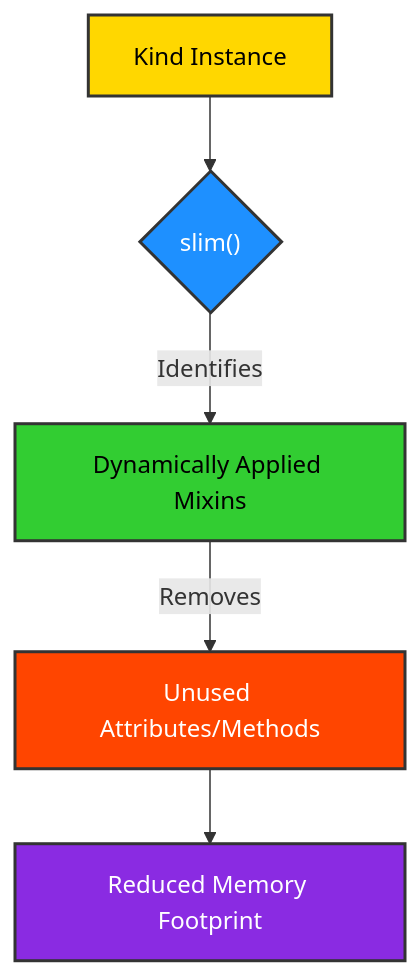
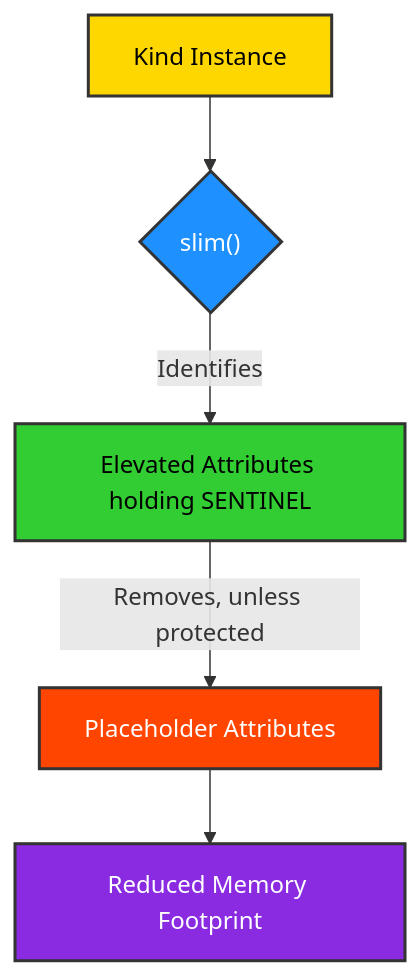
One commit to ikko/kind changed the tenth of 13 diagrams in docs/topics/8_api_highlights/index.md. Above: the diagram before and after it, drawn with Mermaid. The commit also changed other lines of this file and 62 other files, not shown here.

````diff
--- a/docs/topics/8_api_highlights/index.md
+++ b/docs/topics/8_api_highlights/index.md
@@ -566,13 +547,13 @@
 ```mermaid
 graph TD
     A[Kind Instance] --> B{slim#40;#41;};
-    B -- "Identifies" --> C[Dynamically Applied Mixins];
-    C -- "Removes" --> D[Unused Attributes/Methods];
+    B -- "Identifies" --> C[Elevated Attributes holding SENTINEL];
+    C -- "Removes, unless protected" --> D[Placeholder Attributes];
     D --> E[Reduced Memory Footprint];
 
     style A fill:#FFD700,stroke:#333,stroke-width:2px,color:#000000;
     style B fill:#1E90FF,stroke:#333,stroke-width:2px,color:#FFFFFF;
     style C fill:#32CD32,stroke:#333,stroke-width:2px,color:#000000;
     style D fill:#FF4500,stroke:#333,stroke-width:2px,color:#FFFFFF;
     style E fill:#8A2BE2,stroke:#333,stroke-width:2px,color:#FFFFFF;
 ```
````
